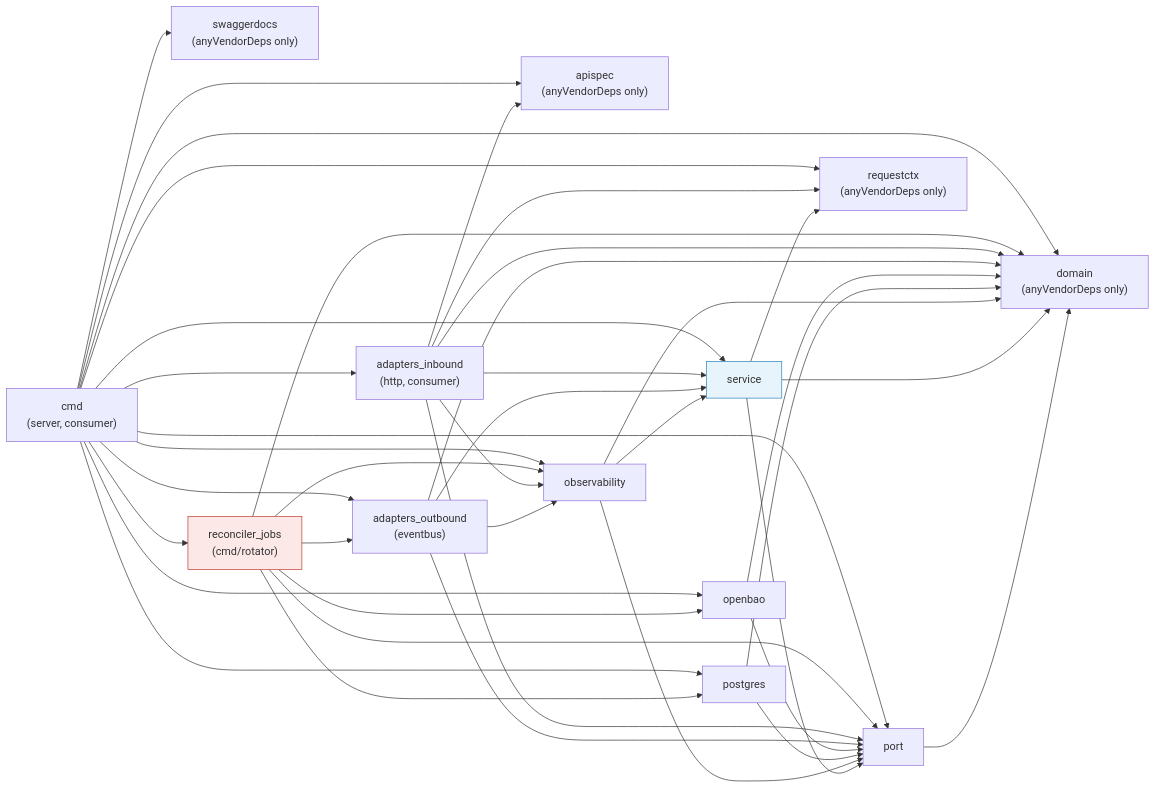
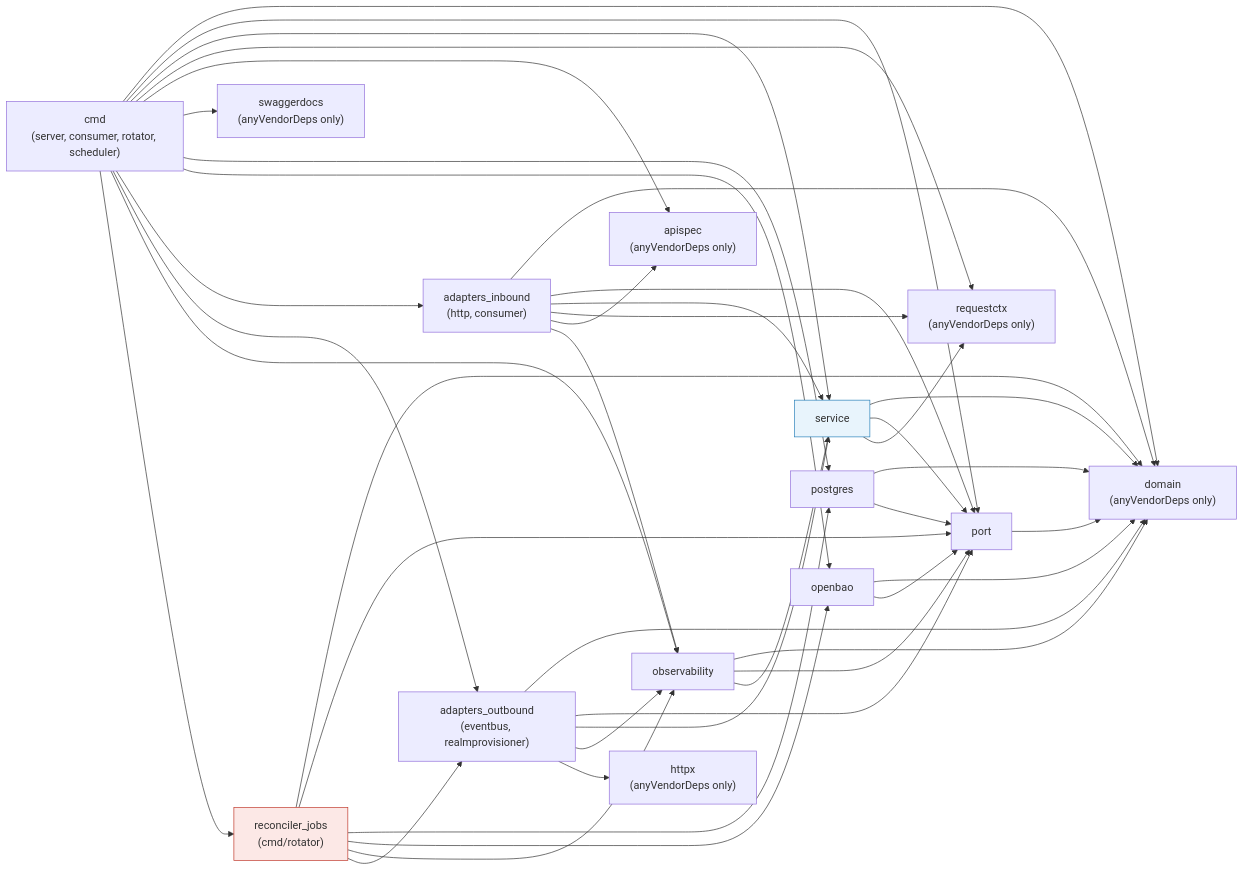
Before and after one commit to BCBP-SOLUTIONS-FZC-LLC/iam-token-service: the second of 13 diagrams in ARCHITECTURE.md, drawn with Mermaid. The commit also changed other lines of this file and 94 other files, not shown here.

First line of the commit message:
EXT-6 client-jwt/JWKS auth, cmd/scheduler cadence rotation, TS-5 (IB-2) (#1)

````diff
--- a/ARCHITECTURE.md
+++ b/ARCHITECTURE.md
@@ -115,57 +132,60 @@
 ```mermaid
 graph LR
     domain["domain<br/>(anyVendorDeps only)"]
     port["port"] --> domain
     requestctx["requestctx<br/>(anyVendorDeps only)"]
     service["service"] --> domain
     service --> port
     service --> requestctx
 
     apispec["apispec<br/>(anyVendorDeps only)"]
     swaggerdocs["swaggerdocs<br/>(anyVendorDeps only)"]
 
     observability["observability"] --> domain
     observability --> port
     observability --> service
 
     postgres["postgres"] --> domain
     postgres --> port
 
     openbao["openbao"] --> domain
     openbao --> port
 
-    adapters_outbound["adapters_outbound<br/>(eventbus)"] --> domain
+    httpx["httpx<br/>(anyVendorDeps only)"]
+
+    adapters_outbound["adapters_outbound<br/>(eventbus, realmprovisioner)"] --> domain
     adapters_outbound --> port
     adapters_outbound --> service
     adapters_outbound --> observability
+    adapters_outbound --> httpx
 
     adapters_inbound["adapters_inbound<br/>(http, consumer)"] --> domain
     adapters_inbound --> port
     adapters_inbound --> service
     adapters_inbound --> requestctx
     adapters_inbound --> apispec
     adapters_inbound --> observability
 
     reconciler_jobs["reconciler_jobs<br/>(cmd/rotator)"] --> domain
     reconciler_jobs --> port
     reconciler_jobs --> postgres
     reconciler_jobs --> openbao
     reconciler_jobs --> observability
     reconciler_jobs --> adapters_outbound
 
-    cmd["cmd<br/>(server, consumer)"] --> domain
+    cmd["cmd<br/>(server, consumer, rotator, scheduler)"] --> domain
     cmd --> port
     cmd --> service
     cmd --> requestctx
     cmd --> apispec
     cmd --> swaggerdocs
     cmd --> postgres
     cmd --> openbao
     cmd --> adapters_inbound
     cmd --> adapters_outbound
     cmd --> observability
     cmd --> reconciler_jobs
 
     style reconciler_jobs fill:#fce8e6,stroke:#c0392b
     style service fill:#e8f4fc,stroke:#2980b9
 ```
````
